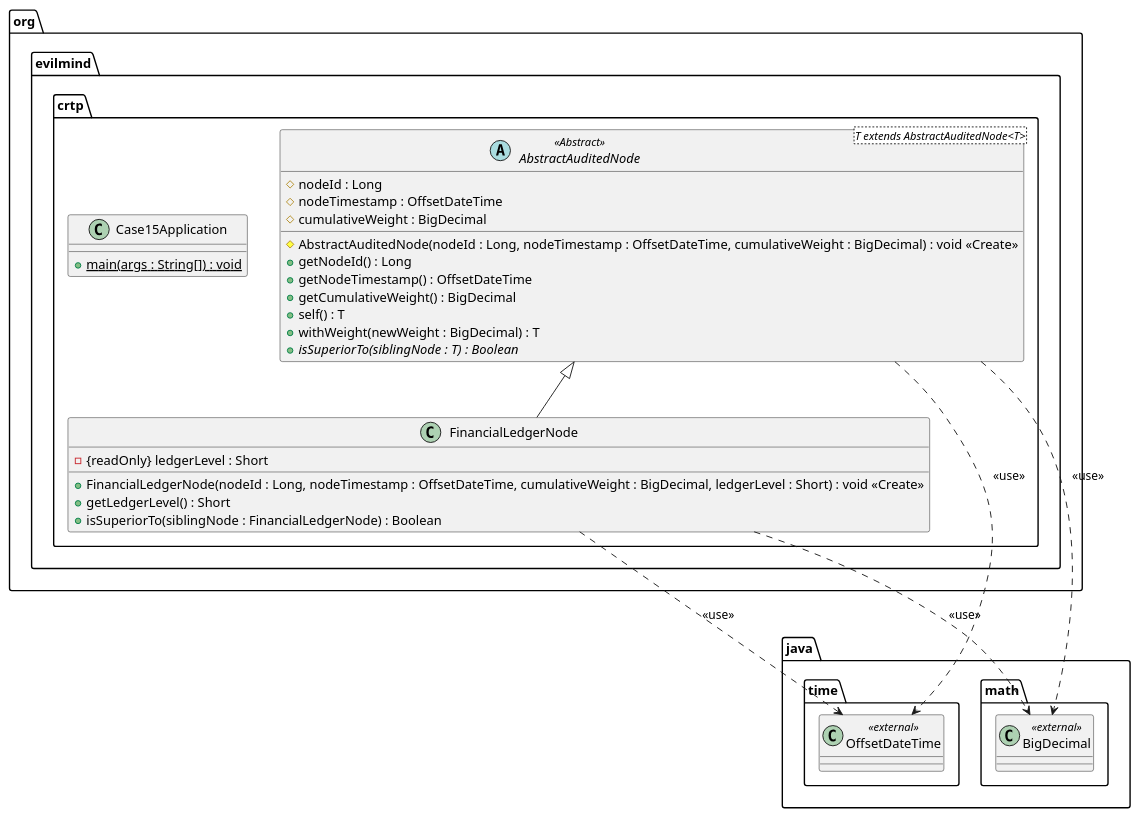
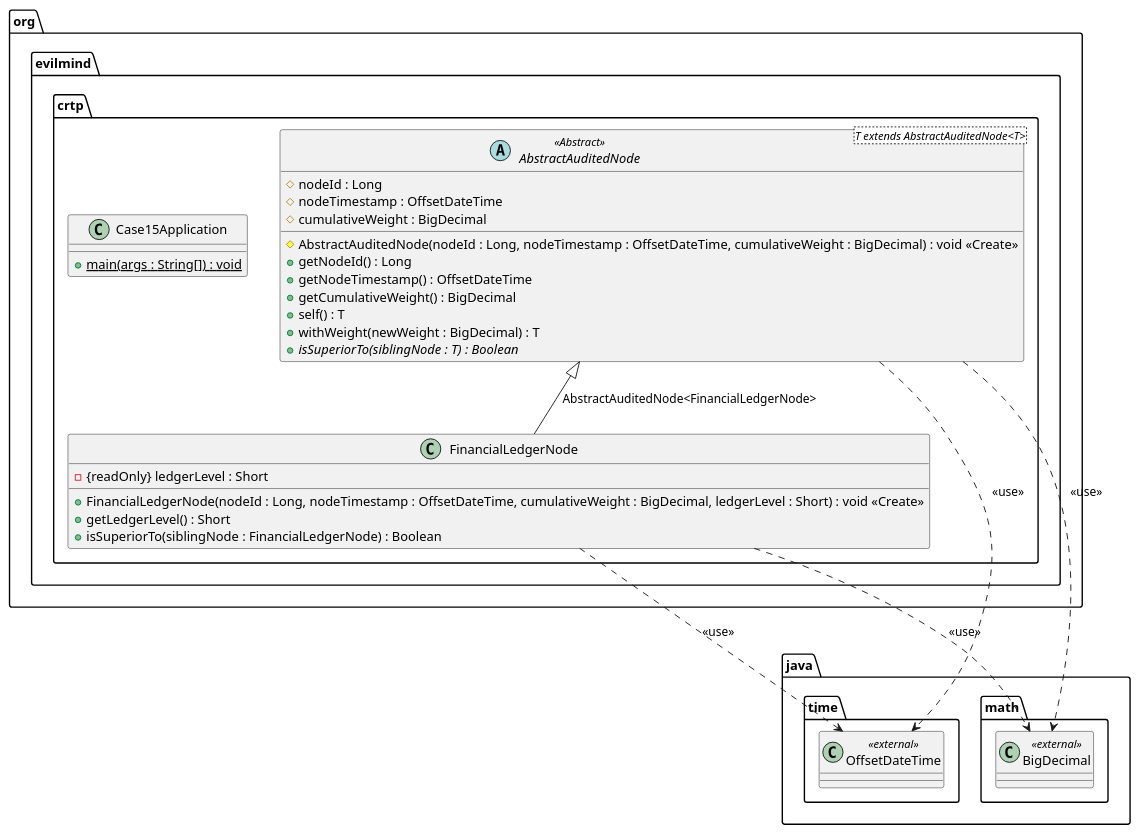
The diagram in casos-generador/caso_15/src/clases.puml (Pololo06/ProyectParser), drawn with PlantUML before and after one commit. The commit also changed 30 other files, not shown here.

```diff
--- a/casos-generador/caso_15/src/clases.puml
+++ b/casos-generador/caso_15/src/clases.puml
@@ -1,44 +1,44 @@
 @startuml
 
 package java.time {
     class OffsetDateTime <<external>> {
     }
 }
 
 package org.evilmind.crtp {
     class FinancialLedgerNode {
     -  {readOnly} ledgerLevel : Short
     +  FinancialLedgerNode(nodeId : Long, nodeTimestamp : OffsetDateTime, cumulativeWeight : BigDecimal, ledgerLevel : Short) : void <<Create>>
     +  getLedgerLevel() : Short
     +  isSuperiorTo(siblingNode : FinancialLedgerNode) : Boolean
     }
     abstract class AbstractAuditedNode<T extends AbstractAuditedNode<T>> <<Abstract>> {
     #  nodeId : Long
     #  nodeTimestamp : OffsetDateTime
     #  cumulativeWeight : BigDecimal
     #  AbstractAuditedNode(nodeId : Long, nodeTimestamp : OffsetDateTime, cumulativeWeight : BigDecimal) : void <<Create>>
     +  getNodeId() : Long
     +  getNodeTimestamp() : OffsetDateTime
     +  getCumulativeWeight() : BigDecimal
     +  self() : T
     +  withWeight(newWeight : BigDecimal) : T
     +  {abstract} isSuperiorTo(siblingNode : T) : Boolean
     }
     class Case15Application {
     +  {static} main(args : String[]) : void
     }
 }
 
 package java.math {
     class BigDecimal <<external>> {
     }
 }
 
 ' --- Grafo de relaciones ---
 org.evilmind.crtp.AbstractAuditedNode ..> java.math.BigDecimal : <<use>>
-org.evilmind.crtp.AbstractAuditedNode <|-- org.evilmind.crtp.FinancialLedgerNode
+org.evilmind.crtp.AbstractAuditedNode <|-- org.evilmind.crtp.FinancialLedgerNode : AbstractAuditedNode<FinancialLedgerNode>
 org.evilmind.crtp.AbstractAuditedNode ..> java.time.OffsetDateTime : <<use>>
 org.evilmind.crtp.FinancialLedgerNode ..> java.time.OffsetDateTime : <<use>>
 org.evilmind.crtp.FinancialLedgerNode ..> java.math.BigDecimal : <<use>>
 
 @enduml
```
